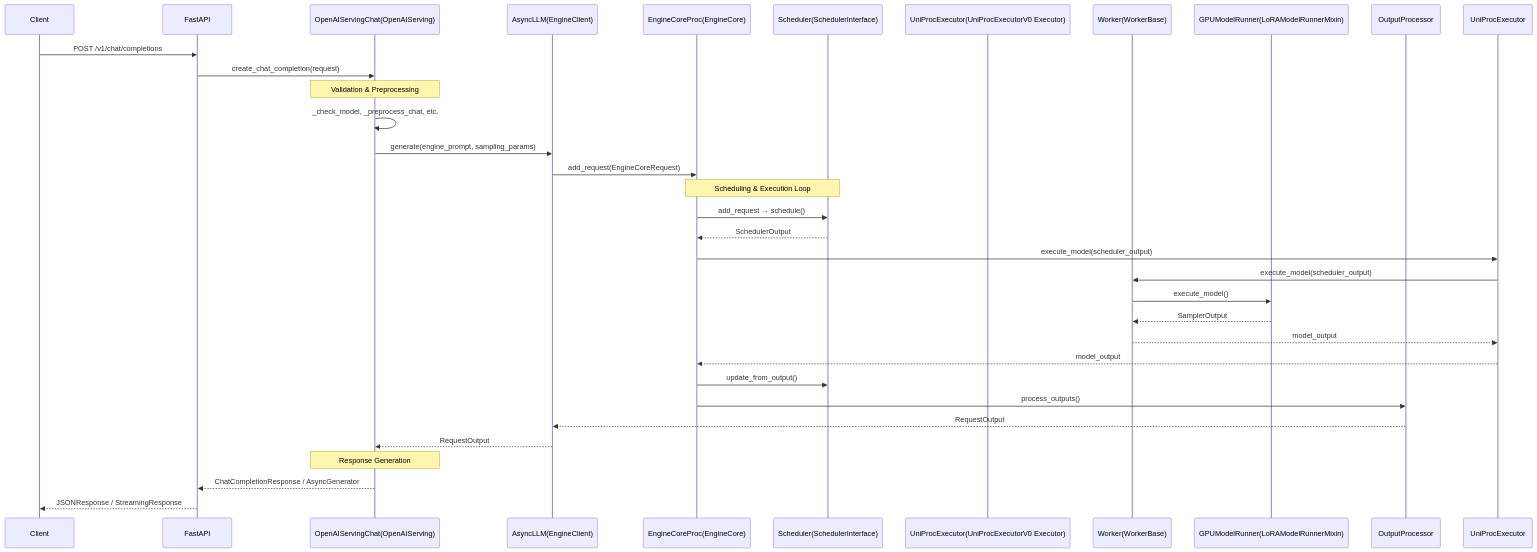
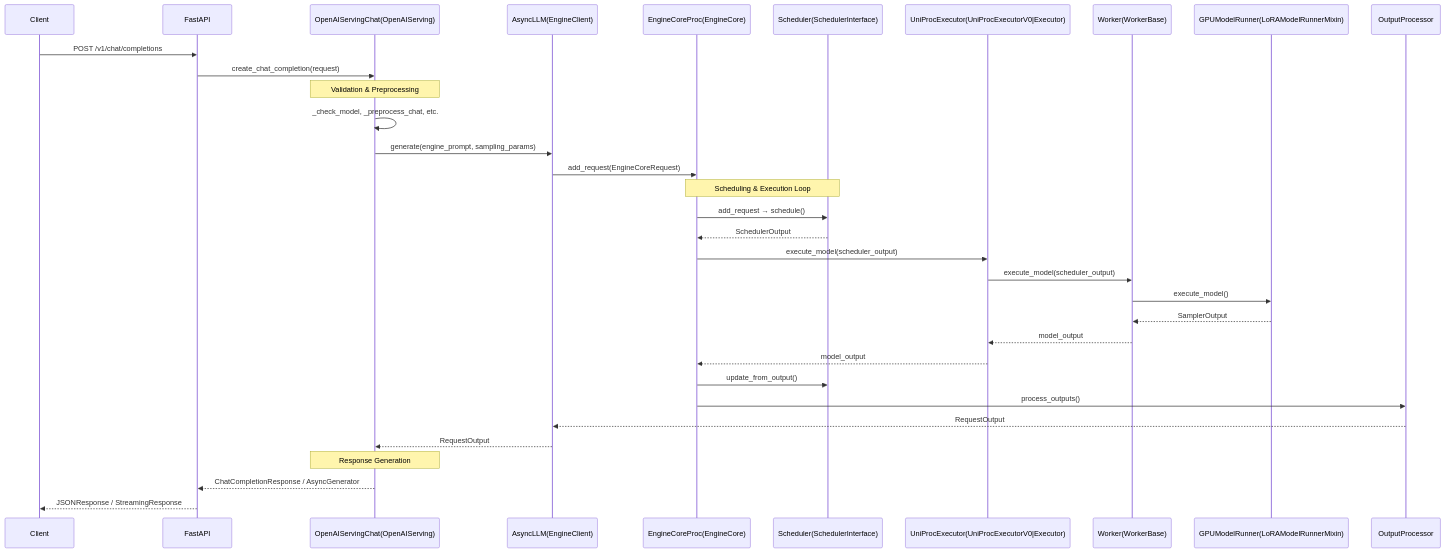
The diagram in source/_posts/vllm-openai-2.md (Zerohertz/zerohertz.github.io), drawn with Mermaid before and after one commit. The commit also changed other lines of this file, not shown here.

Commit message:
:memo: docs: code review: deep dive into vllm's architecture and implementation analysis of openai-compatible serving (2/2)

````diff
--- a/source/_posts/vllm-openai-2.md
+++ b/source/_posts/vllm-openai-2.md
@@ -1811,42 +1811,42 @@
 ```mermaid
 sequenceDiagram
     participant Client
     participant FastAPI
     participant OpenAIServingChat as OpenAIServingChat(OpenAIServing)
     participant AsyncLLM as AsyncLLM(EngineClient)
     participant EngineCoreProc as EngineCoreProc(EngineCore)
     participant Scheduler as Scheduler(SchedulerInterface)
-    participant UniProcExecutor(UniProcExecutorV0 Executor)
+    participant UniProcExecutor as UniProcExecutor(UniProcExecutorV0|Executor)
     participant Worker as Worker(WorkerBase)
     participant GPUModelRunner as GPUModelRunner(LoRAModelRunnerMixin)
     participant OutputProcessor
 
     Client->>FastAPI: POST /v1/chat/completions
     FastAPI->>OpenAIServingChat: create_chat_completion(request)
 
     Note over OpenAIServingChat: Validation & Preprocessing
     OpenAIServingChat->>OpenAIServingChat: _check_model, _preprocess_chat, etc.
 
     OpenAIServingChat->>AsyncLLM: generate(engine_prompt, sampling_params)
     AsyncLLM->>EngineCoreProc: add_request(EngineCoreRequest)
 
     Note over EngineCoreProc,Scheduler: Scheduling & Execution Loop
     EngineCoreProc->>Scheduler: add_request → schedule()
     Scheduler-->>EngineCoreProc: SchedulerOutput
 
     EngineCoreProc->>UniProcExecutor: execute_model(scheduler_output)
     UniProcExecutor->>Worker: execute_model(scheduler_output)
     Worker->>GPUModelRunner: execute_model()
     GPUModelRunner-->>Worker: SamplerOutput
     Worker-->>UniProcExecutor: model_output
     UniProcExecutor-->>EngineCoreProc: model_output
 
     EngineCoreProc->>Scheduler: update_from_output()
     EngineCoreProc->>OutputProcessor: process_outputs()
     OutputProcessor-->>AsyncLLM: RequestOutput
     AsyncLLM-->>OpenAIServingChat: RequestOutput
 
     Note over OpenAIServingChat: Response Generation
     OpenAIServingChat-->>FastAPI: ChatCompletionResponse / AsyncGenerator
     FastAPI-->>Client: JSONResponse / StreamingResponse
 ```
````
